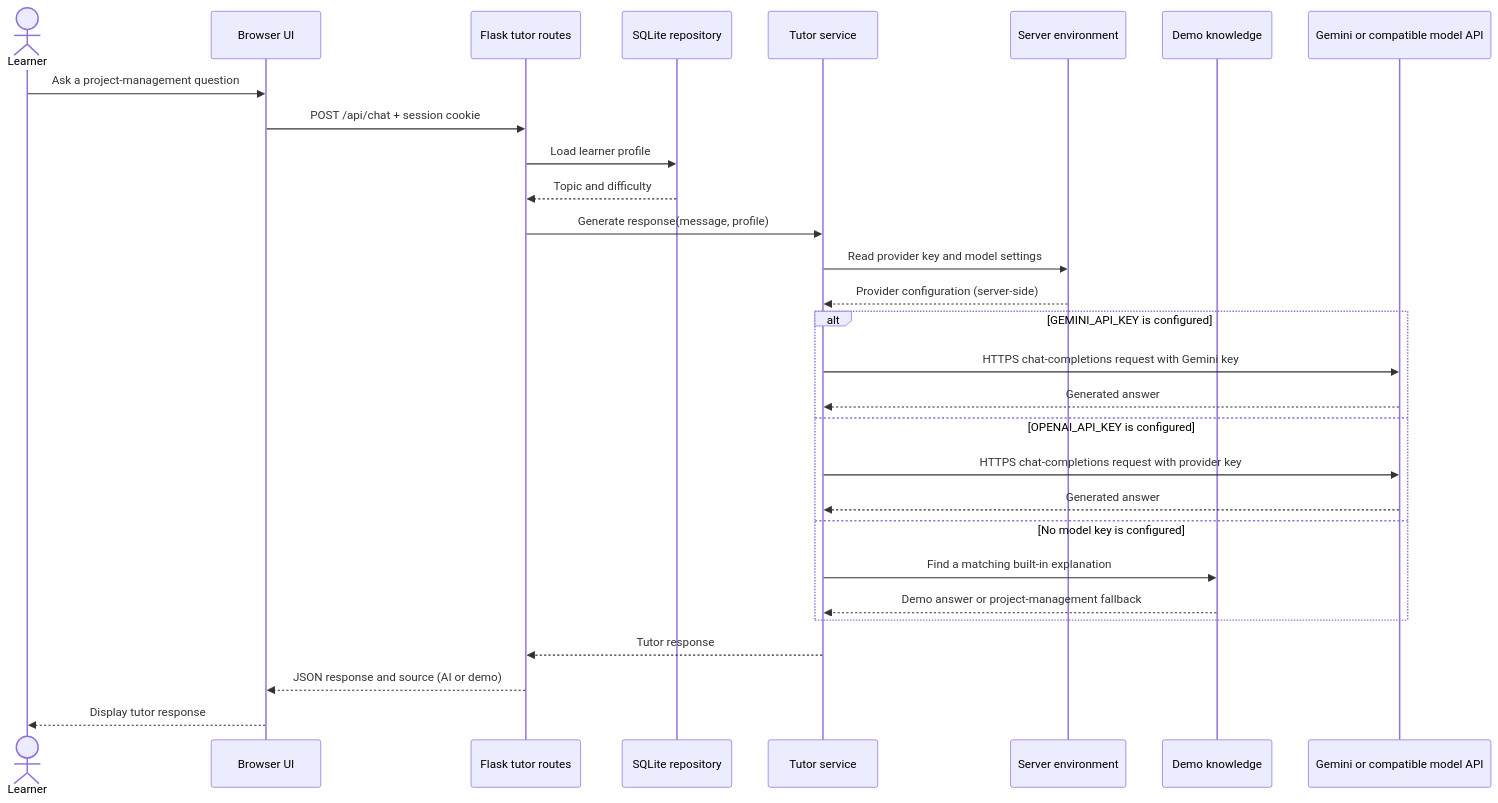
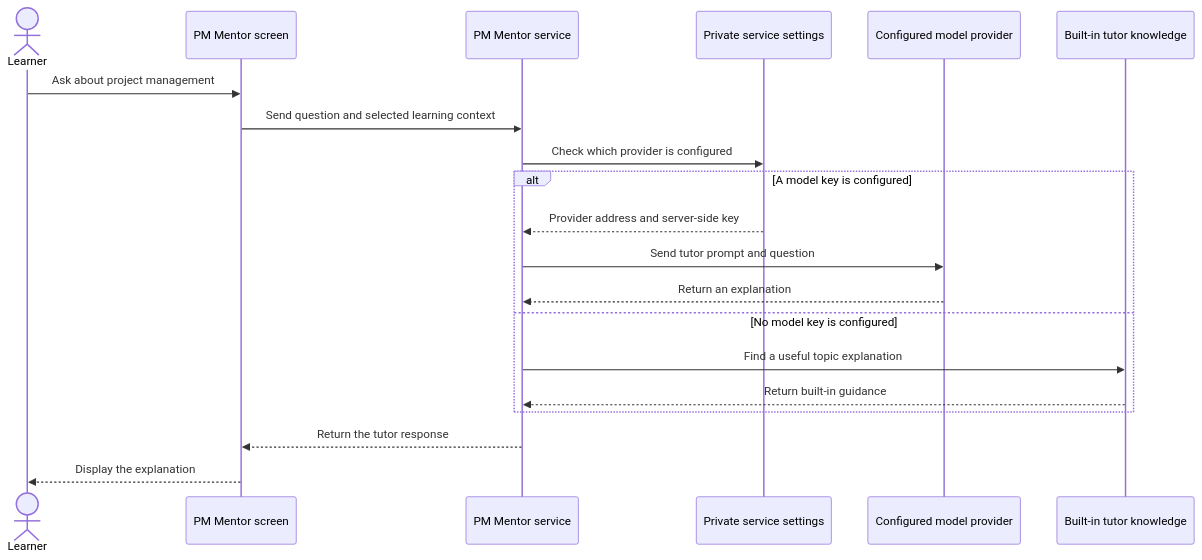
Before and after one commit to iteshwalia/ai-tutor-projectmanagement: the third of 3 diagrams in architecture.md, drawn with Mermaid. The commit also changed other lines of this file and 21 other files, not shown here.

````diff
--- a/architecture.md
+++ b/architecture.md
@@ -117,34 +77,23 @@
 ```mermaid
 sequenceDiagram
     actor Learner
-    participant UI as Browser UI
-    participant API as Flask tutor routes
-    participant Repo as SQLite repository
-    participant Tutor as Tutor service
-    participant Env as Server environment
-    participant Demo as Demo knowledge
-    participant Model as Gemini or compatible model API
+    participant Browser as PM Mentor screen
+    participant App as PM Mentor service
+    participant Settings as Private service settings
+    participant Provider as Configured model provider
+    participant BuiltIn as Built-in tutor knowledge
 
-    Learner->>UI: Ask a project-management question
-    UI->>API: POST /api/chat + session cookie
-    API->>Repo: Load learner profile
-    Repo-->>API: Topic and difficulty
-    API->>Tutor: Generate response(message, profile)
-    Tutor->>Env: Read provider key and model settings
-    Env-->>Tutor: Provider configuration (server-side)
-
-    alt GEMINI_API_KEY is configured
-        Tutor->>Model: HTTPS chat-completions request with Gemini key
-        Model-->>Tutor: Generated answer
-    else OPENAI_API_KEY is configured
-        Tutor->>Model: HTTPS chat-completions request with provider key
-        Model-->>Tutor: Generated answer
+    Learner->>Browser: Ask about project management
+    Browser->>App: Send question and selected learning context
+    App->>Settings: Check which provider is configured
+    alt A model key is configured
+        Settings-->>App: Provider address and server-side key
+        App->>Provider: Send tutor prompt and question
+        Provider-->>App: Return an explanation
     else No model key is configured
-        Tutor->>Demo: Find a matching built-in explanation
-        Demo-->>Tutor: Demo answer or project-management fallback
+        App->>BuiltIn: Find a useful topic explanation
+        BuiltIn-->>App: Return built-in guidance
     end
-
-    Tutor-->>API: Tutor response
-    API-->>UI: JSON response and source (AI or demo)
-    UI-->>Learner: Display tutor response
+    App-->>Browser: Return the tutor response
+    Browser-->>Learner: Display the explanation
 ```
````
